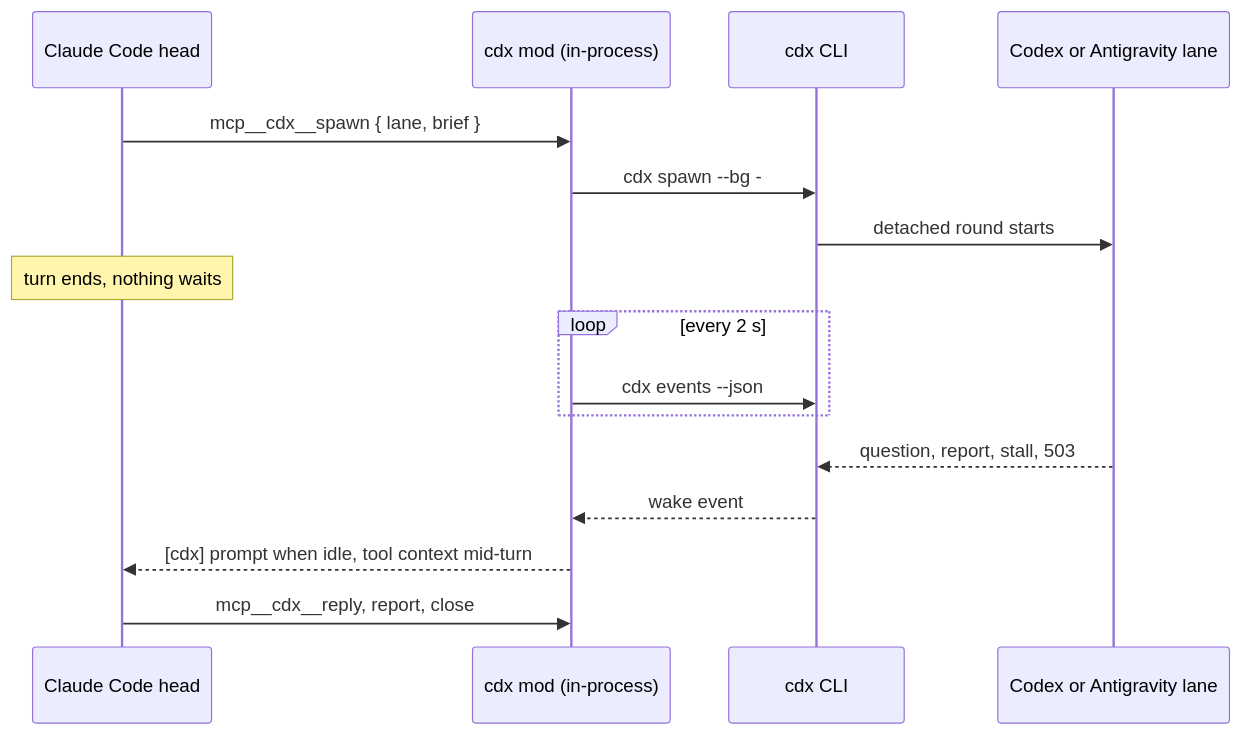
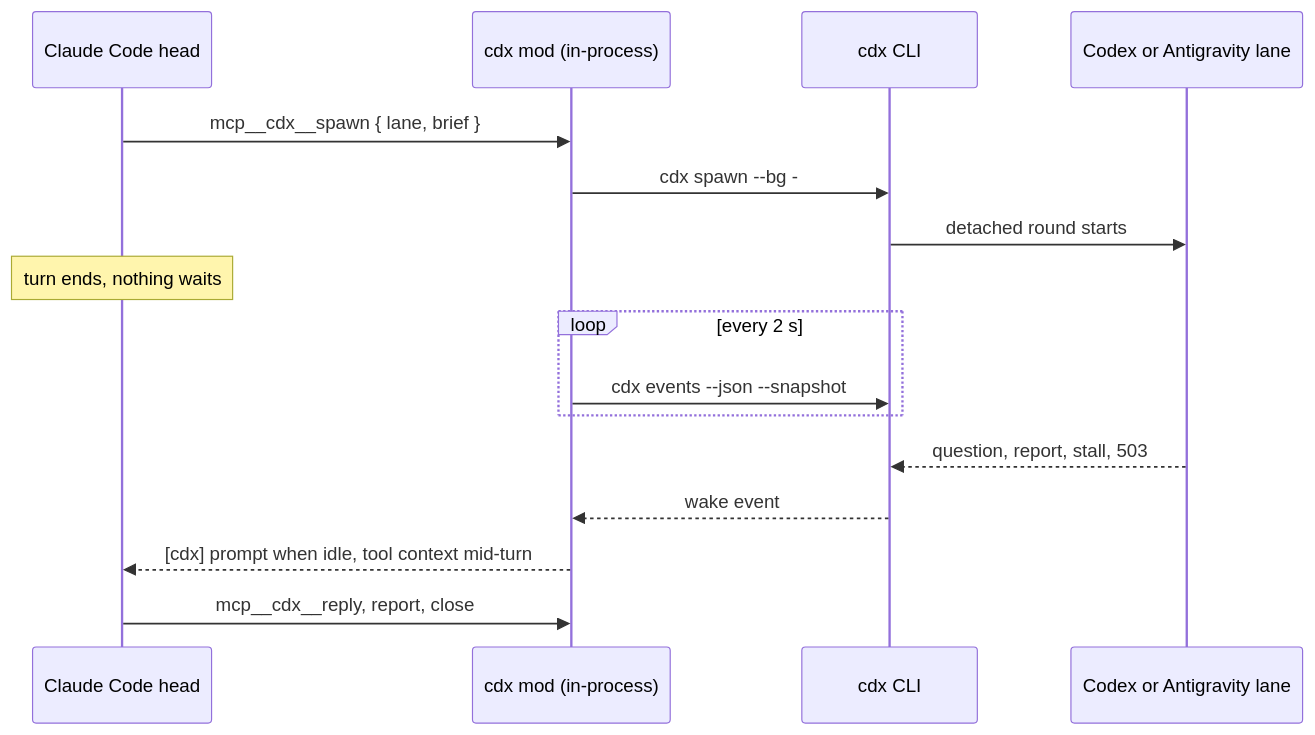
One commit to RedesignedRobot/cdx changed the first of 2 diagrams in README.md. Above: the diagram before and after it, drawn with Mermaid. The commit also changed other lines of this file and 13 other files, not shown here.

````diff
--- a/README.md
+++ b/README.md
@@ -26,18 +26,18 @@
 ```mermaid
 sequenceDiagram
     participant Head as Claude Code head
     participant Mod as cdx mod (in-process)
     participant CLI as cdx CLI
     participant Lane as Codex or Antigravity lane
     Head->>Mod: mcp__cdx__spawn { lane, brief }
     Mod->>CLI: cdx spawn --bg -
     CLI->>Lane: detached round starts
     Note over Head: turn ends, nothing waits
     loop every 2 s
-        Mod->>CLI: cdx events --json
+        Mod->>CLI: cdx events --json --snapshot
     end
     Lane-->>CLI: question, report, stall, 503
     CLI-->>Mod: wake event
     Mod-->>Head: [cdx] prompt when idle, tool context mid-turn
     Head->>Mod: mcp__cdx__reply, report, close
 ```
````
